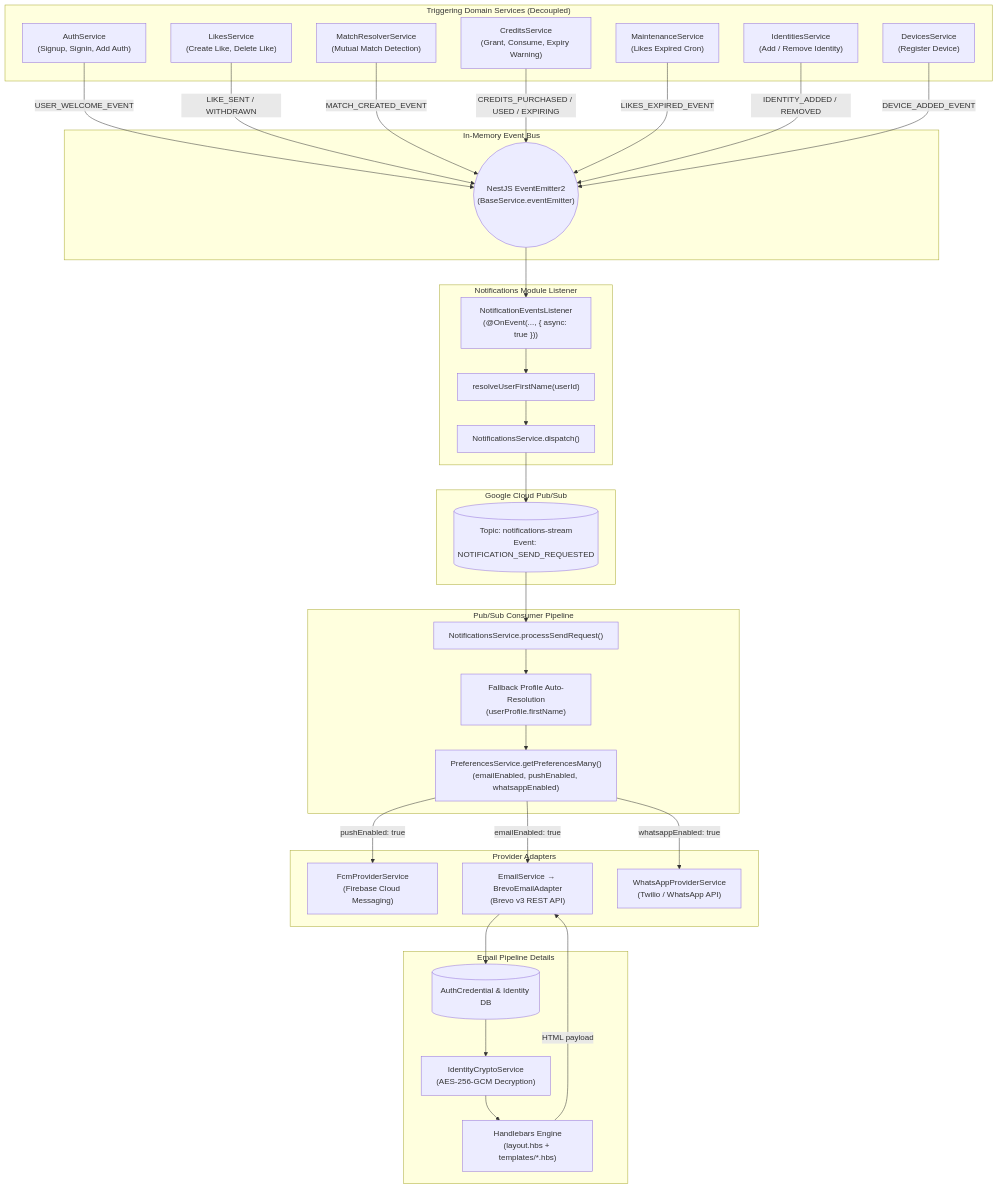
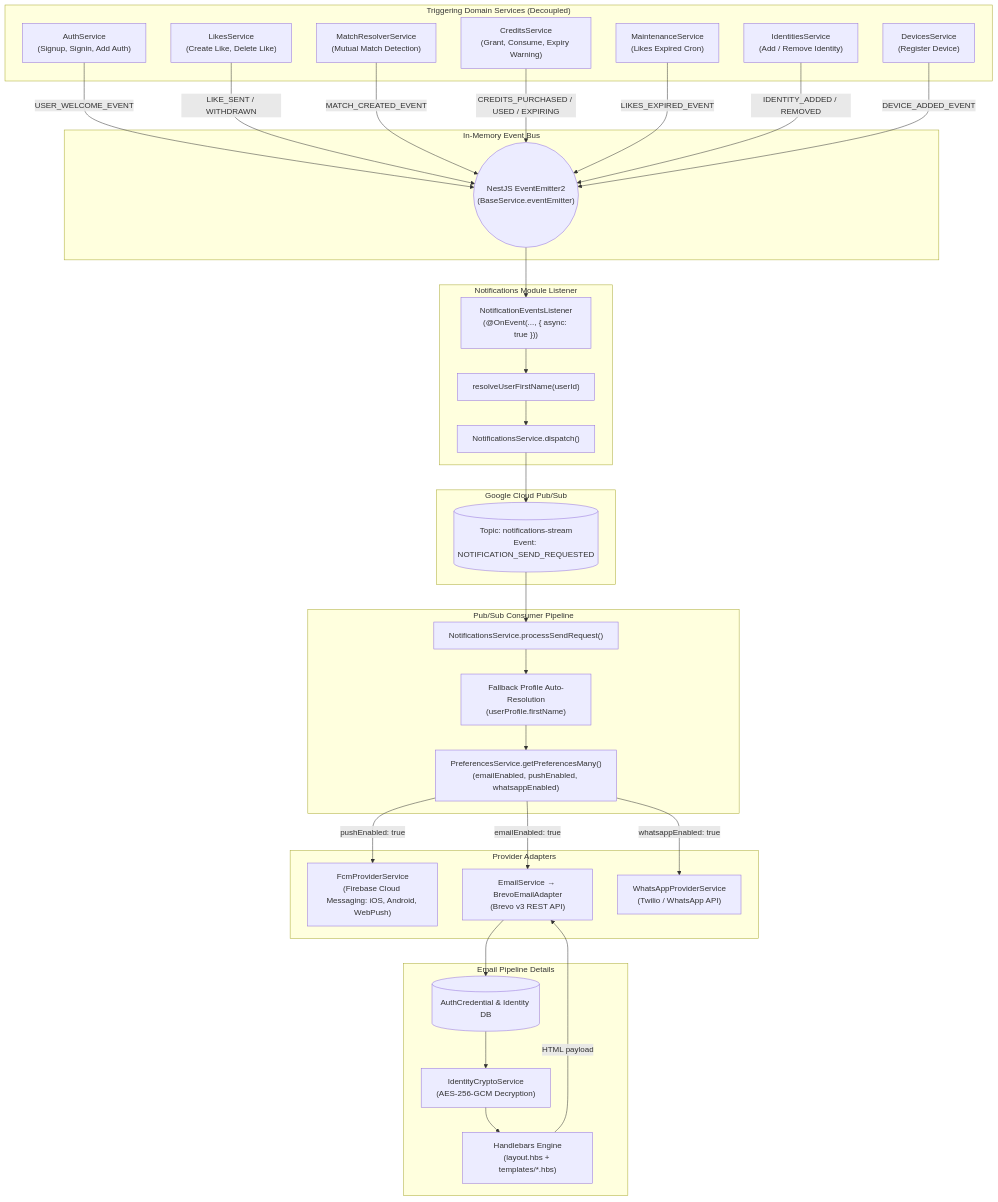
One commit to SaveSoulApp/Breathaway-Backend changed the diagram in docs-site/docs/modules/notifications.md. Above: the diagram before and after it, drawn with Mermaid. The commit also changed other lines of this file and 20 other files, not shown here.

First line of the commit message:
[Feature] Add web push (#92)

````diff
--- a/docs-site/docs/modules/notifications.md
+++ b/docs-site/docs/modules/notifications.md
@@ -26,69 +26,69 @@
 ```mermaid
 flowchart TD
     subgraph Triggering_Domains["Triggering Domain Services (Decoupled)"]
         AUTH["AuthService<br/>(Signup, Signin, Add Auth)"]
         LIKES["LikesService<br/>(Create Like, Delete Like)"]
         MATCH["MatchResolverService<br/>(Mutual Match Detection)"]
         CREDITS["CreditsService<br/>(Grant, Consume, Expiry Warning)"]
         MAINT["MaintenanceService<br/>(Likes Expired Cron)"]
         IDENT["IdentitiesService<br/>(Add / Remove Identity)"]
         DEV["DevicesService<br/>(Register Device)"]
     end
 
     subgraph Event_Bus["In-Memory Event Bus"]
         BUS(("NestJS EventEmitter2<br/>(BaseService.eventEmitter)"))
     end
 
     subgraph Notification_Listener["Notifications Module Listener"]
         LISTENER["NotificationEventsListener<br/>(@OnEvent(..., { async: true }))"]
         RESOLVE["resolveUserFirstName(userId)"]
         DISPATCH["NotificationsService.dispatch()"]
     end
 
     subgraph Messaging["Google Cloud Pub/Sub"]
         PUBSUB[("Topic: notifications-stream<br/>Event: NOTIFICATION_SEND_REQUESTED")]
     end
 
     subgraph Consumer["Pub/Sub Consumer Pipeline"]
         PROCESSOR["NotificationsService.processSendRequest()"]
         FALLBACK["Fallback Profile Auto-Resolution<br/>(userProfile.firstName)"]
         PREFS["PreferencesService.getPreferencesMany()<br/>(emailEnabled, pushEnabled, whatsappEnabled)"]
     end
 
     subgraph Channels["Provider Adapters"]
-        FCM["FcmProviderService<br/>(Firebase Cloud Messaging)"]
+        FCM["FcmProviderService<br/>(Firebase Cloud Messaging: iOS, Android, WebPush)"]
         BREVO["EmailService → BrevoEmailAdapter<br/>(Brevo v3 REST API)"]
         WA["WhatsAppProviderService<br/>(Twilio / WhatsApp API)"]
     end
 
     subgraph Email_Resolution["Email Pipeline Details"]
         AUTH_CRED[("AuthCredential & Identity DB")]
         KMS["IdentityCryptoService<br/>(AES-256-GCM Decryption)"]
         HBS["Handlebars Engine<br/>(layout.hbs + templates/*.hbs)"]
     end
 
     AUTH -->|USER_WELCOME_EVENT| BUS
     LIKES -->|LIKE_SENT / WITHDRAWN| BUS
     MATCH -->|MATCH_CREATED_EVENT| BUS
     CREDITS -->|CREDITS_PURCHASED / USED / EXPIRING| BUS
     MAINT -->|LIKES_EXPIRED_EVENT| BUS
     IDENT -->|IDENTITY_ADDED / REMOVED| BUS
     DEV -->|DEVICE_ADDED_EVENT| BUS
 
     BUS --> LISTENER
     LISTENER --> RESOLVE
     RESOLVE --> DISPATCH
     DISPATCH --> PUBSUB
     PUBSUB --> PROCESSOR
     PROCESSOR --> FALLBACK
     FALLBACK --> PREFS
 
     PREFS -->|pushEnabled: true| FCM
     PREFS -->|emailEnabled: true| BREVO
     PREFS -->|whatsappEnabled: true| WA
 
     BREVO --> AUTH_CRED
     AUTH_CRED --> KMS
     KMS --> HBS
     HBS -->|HTML payload| BREVO
 ```
````
